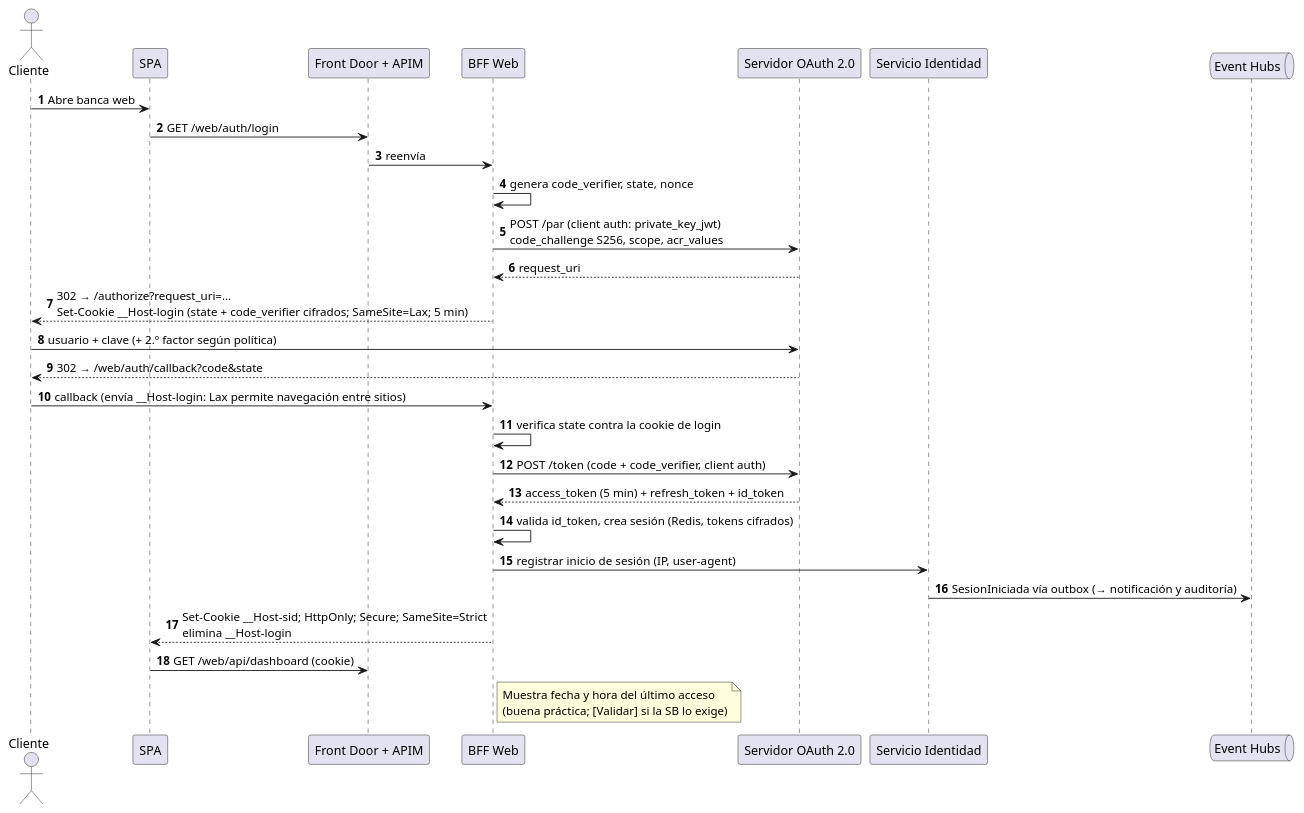
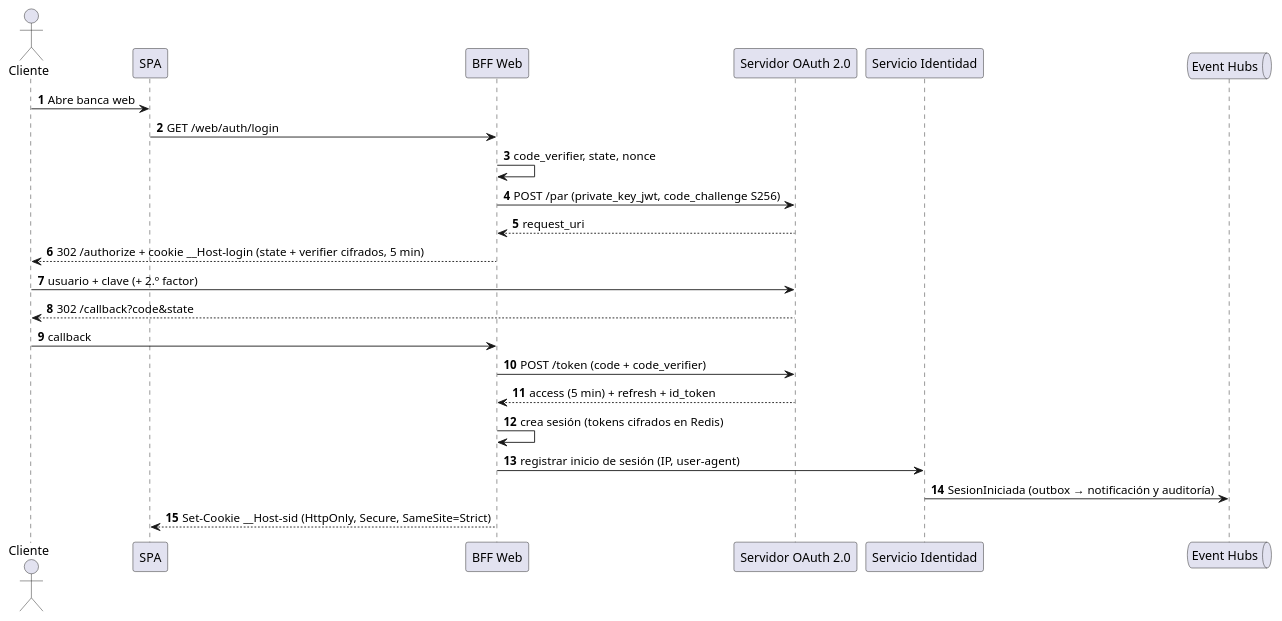
Diagram 11 of 13 in Propuesta_Arquitectura_BP.md (dledesman/banca-por-internet), drawn with PlantUML before and after one commit. The commit also changed other lines of this file and 15 other files, not shown here.

Commit message:
Actualización propuesta de arquitectura y diagramas

````diff
--- a/Propuesta_Arquitectura_BP.md
+++ b/Propuesta_Arquitectura_BP.md
@@ -1409,32 +761,27 @@
 ```plantuml
 @startuml Seq_Login_Web
 autonumber
 actor Cliente
 participant "SPA" as SPA
-participant "Front Door + APIM" as GW
 participant "BFF Web" as BFF
 participant "Servidor OAuth 2.0" as IDP
 participant "Servicio Identidad" as IDE
 queue "Event Hubs" as EVH
 
 Cliente -> SPA : Abre banca web
-SPA -> GW : GET /web/auth/login
-GW -> BFF : reenvía
-BFF -> BFF : genera code_verifier, state, nonce
-BFF -> IDP : POST /par (client auth: private_key_jwt)\ncode_challenge S256, scope, acr_values
+SPA -> BFF : GET /web/auth/login
+BFF -> BFF : code_verifier, state, nonce
+BFF -> IDP : POST /par (private_key_jwt, code_challenge S256)
 IDP --> BFF : request_uri
-BFF --> Cliente : 302 → /authorize?request_uri=...\nSet-Cookie ~__Host-login (state + code_verifier cifrados; SameSite=Lax; 5 min)
-Cliente -> IDP : usuario + clave (+ 2.º factor según política)
-IDP --> Cliente : 302 → /web/auth/callback?code&state
-Cliente -> BFF : callback (envía ~__Host-login: Lax permite navegación entre sitios)
-BFF -> BFF : verifica state contra la cookie de login
-BFF -> IDP : POST /token (code + code_verifier, client auth)
-IDP --> BFF : access_token (5 min) + refresh_token + id_token
-BFF -> BFF : valida id_token, crea sesión (Redis, tokens cifrados)
+BFF --> Cliente : 302 /authorize + cookie ~__Host-login (state + verifier cifrados, 5 min)
+Cliente -> IDP : usuario + clave (+ 2.º factor)
+IDP --> Cliente : 302 /callback?code&state
+Cliente -> BFF : callback
+BFF -> IDP : POST /token (code + code_verifier)
+IDP --> BFF : access (5 min) + refresh + id_token
+BFF -> BFF : crea sesión (tokens cifrados en Redis)
 BFF -> IDE : registrar inicio de sesión (IP, user-agent)
-IDE -> EVH : SesionIniciada vía outbox (→ notificación y auditoría)
-BFF --> SPA : Set-Cookie ~__Host-sid; HttpOnly; Secure; SameSite=Strict\nelimina ~__Host-login
-SPA -> GW : GET /web/api/dashboard (cookie)
-note right of BFF : Muestra fecha y hora del último acceso\n(buena práctica; [Validar] si la SB lo exige)
+IDE -> EVH : SesionIniciada (outbox → notificación y auditoría)
+BFF --> SPA : Set-Cookie ~__Host-sid (HttpOnly, Secure, SameSite=Strict)
 @enduml
 ```
````
